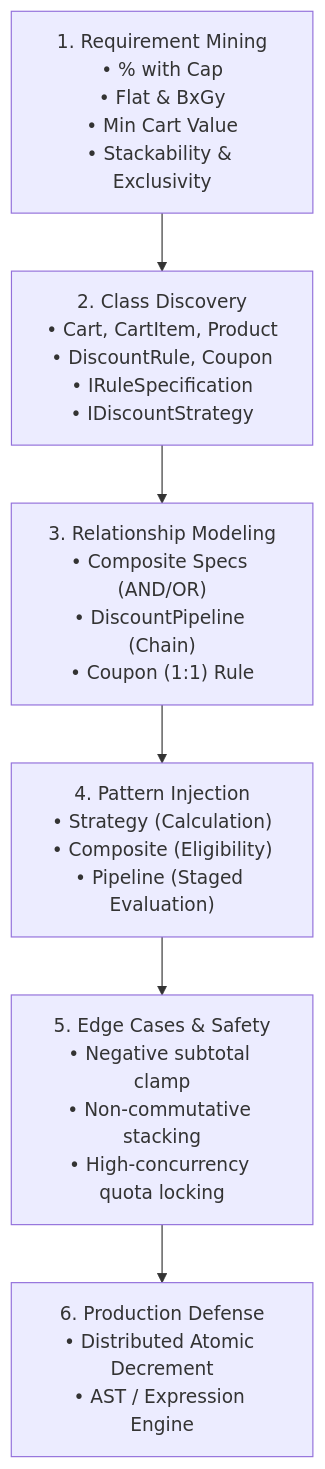
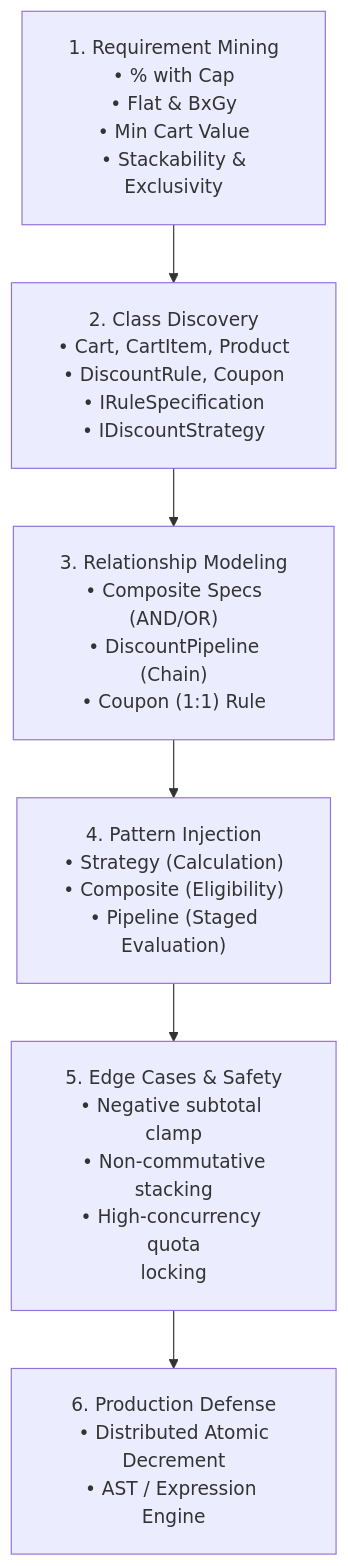
One commit to dip4k/DSA_102 changed the first of 2 diagrams in LLD/02_Tier2_Classic_LLD/25_Coupon_and_Discount_Engine.md. Above: the diagram before and after it, drawn with Mermaid. The commit also changed 108 other files, not shown here.

First line of the commit message:
fix(mermaid): resolve diagram clipping, padding, and syntax issues across repo

````diff
--- a/LLD/02_Tier2_Classic_LLD/25_Coupon_and_Discount_Engine.md
+++ b/LLD/02_Tier2_Classic_LLD/25_Coupon_and_Discount_Engine.md
@@ -34,8 +34,9 @@
 ```mermaid
+%%{init: {"flowchart": {"htmlLabels": true, "padding": 20}}}%%
 flowchart TD
-    A["1. Requirement Mining<br/>• % with Cap<br/>• Flat & BxGy<br/>• Min Cart Value<br/>• Stackability & Exclusivity"] --> B["2. Class Discovery<br/>• Cart, CartItem, Product<br/>• DiscountRule, Coupon<br/>• IRuleSpecification<br/>• IDiscountStrategy"]
-    B --> C["3. Relationship Modeling<br/>• Composite Specs (AND/OR)<br/>• DiscountPipeline (Chain)<br/>• Coupon (1:1) Rule"]
-    C --> D["4. Pattern Injection<br/>• Strategy (Calculation)<br/>• Composite (Eligibility)<br/>• Pipeline (Staged Evaluation)"]
-    D --> E["5. Edge Cases & Safety<br/>• Negative subtotal clamp<br/>• Non-commutative stacking<br/>• High-concurrency quota locking"]
-    E --> F["6. Production Defense<br/>• Distributed Atomic Decrement<br/>• AST / Expression Engine"]
+    A["1. Requirement Mining<br/>• % with Cap<br/>• Flat & BxGy<br/>• Min Cart Value<br/>• Stackability &<br/>Exclusivity"] --> B["2. Class Discovery<br/>• Cart, CartItem, Product<br/>• DiscountRule, Coupon<br/>• IRuleSpecification<br/>• IDiscountStrategy"]
+    B --> C["3. Relationship Modeling<br/>• Composite Specs<br/>(AND/OR)<br/>• DiscountPipeline<br/>(Chain)<br/>• Coupon (1:1) Rule"]
+    C --> D["4. Pattern Injection<br/>• Strategy (Calculation)<br/>• Composite (Eligibility)<br/>• Pipeline (Staged<br/>Evaluation)"]
+    D --> E["5. Edge Cases & Safety<br/>• Negative subtotal clamp<br/>• Non-commutative<br/>stacking<br/>• High-concurrency quota<br/>locking"]
+    E --> F["6. Production Defense<br/>• Distributed Atomic<br/>Decrement<br/>• AST / Expression Engine"]
 ```
````
